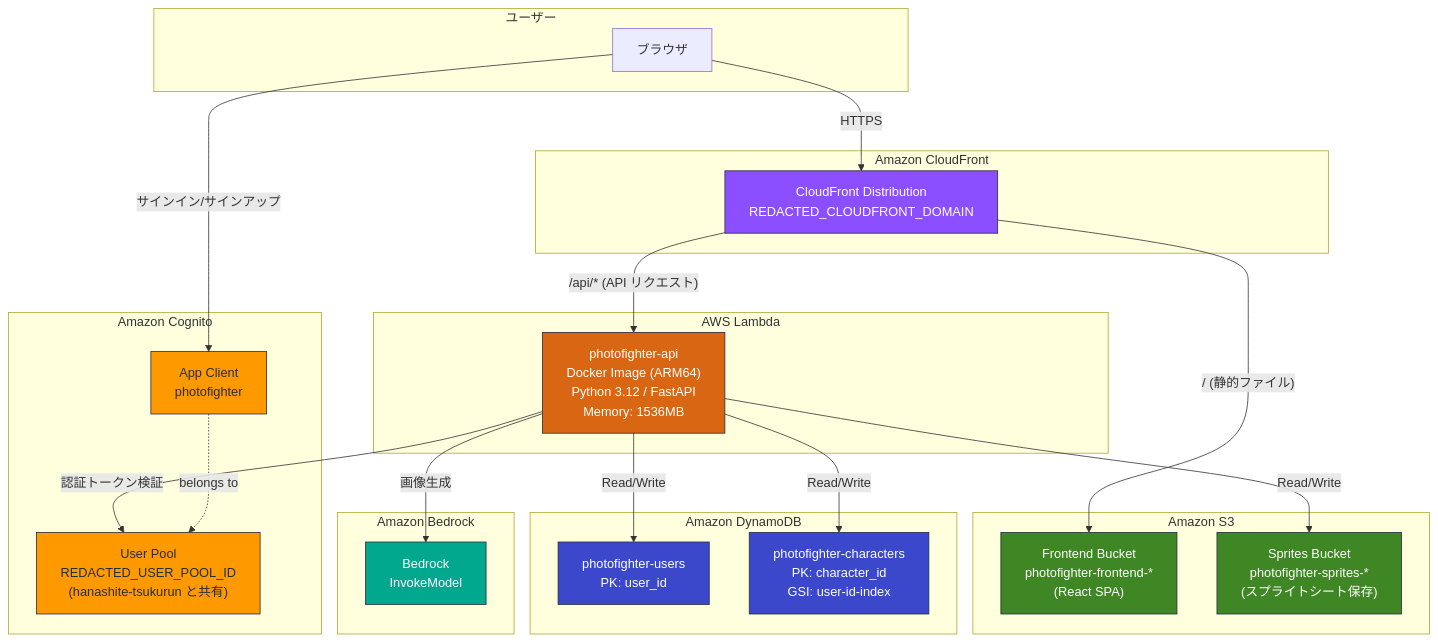
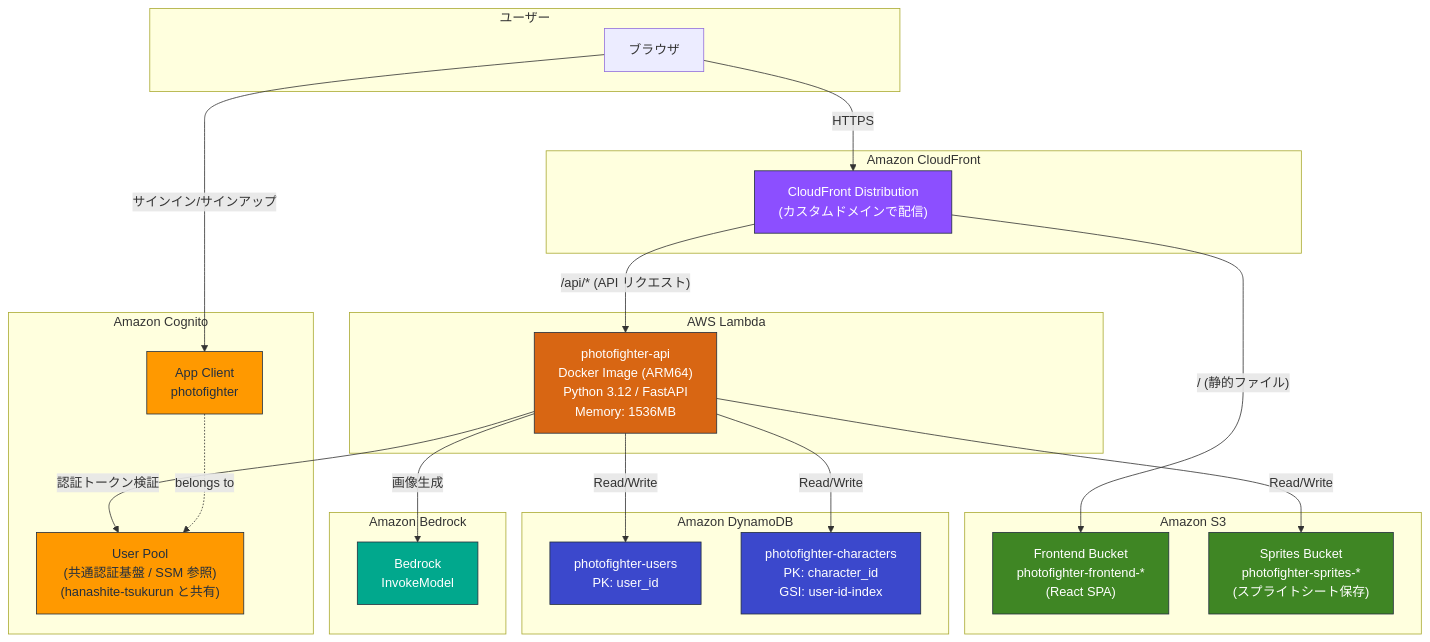
One commit to tmhkh/photofighter changed the diagram in docs/architecture.md. Above: the diagram before and after it, drawn with Mermaid. The commit also changed other lines of this file and 5 other files, not shown here.

````diff
--- a/docs/architecture.md
+++ b/docs/architecture.md
@@ -3,66 +3,66 @@
 ```mermaid
 graph TB
     subgraph Users["ユーザー"]
         Browser["ブラウザ"]
     end
 
     subgraph CloudFront["Amazon CloudFront"]
-        CF["CloudFront Distribution<br/>REDACTED_CLOUDFRONT_DOMAIN"]
+        CF["CloudFront Distribution<br/>(カスタムドメインで配信)"]
     end
 
     subgraph S3["Amazon S3"]
         FrontendBucket["Frontend Bucket<br/>photofighter-frontend-*<br/>(React SPA)"]
         SpritesBucket["Sprites Bucket<br/>photofighter-sprites-*<br/>(スプライトシート保存)"]
     end
 
     subgraph Compute["AWS Lambda"]
         LambdaFn["photofighter-api<br/>Docker Image (ARM64)<br/>Python 3.12 / FastAPI<br/>Memory: 1536MB"]
     end
 
     subgraph Auth["Amazon Cognito"]
-        UserPool["User Pool<br/>REDACTED_USER_POOL_ID<br/>(hanashite-tsukurun と共有)"]
+        UserPool["User Pool<br/>(共通認証基盤 / SSM 参照)<br/>(hanashite-tsukurun と共有)"]
         AppClient["App Client<br/>photofighter"]
     end
 
     subgraph Database["Amazon DynamoDB"]
         UsersTable["photofighter-users<br/>PK: user_id"]
         CharactersTable["photofighter-characters<br/>PK: character_id<br/>GSI: user-id-index"]
     end
 
     subgraph AI["Amazon Bedrock"]
         Bedrock["Bedrock<br/>InvokeModel"]
     end
 
     %% ユーザーアクセス
     Browser -->|HTTPS| CF
 
     %% CloudFront ルーティング
     CF -->|"/ (静的ファイル)"| FrontendBucket
     CF -->|"/api/* (API リクエスト)"| LambdaFn
 
     %% Lambda -> 各サービス
     LambdaFn -->|認証トークン検証| UserPool
     LambdaFn -->|Read/Write| UsersTable
     LambdaFn -->|Read/Write| CharactersTable
     LambdaFn -->|Read/Write| SpritesBucket
     LambdaFn -->|画像生成| Bedrock
 
     %% 認証フロー
     Browser -->|サインイン/サインアップ| AppClient
     AppClient -.->|belongs to| UserPool
 
     %% スタイル
     classDef aws fill:#FF9900,stroke:#232F3E,color:#232F3E
     classDef storage fill:#3F8624,stroke:#232F3E,color:#fff
     classDef compute fill:#D86613,stroke:#232F3E,color:#fff
     classDef database fill:#3B48CC,stroke:#232F3E,color:#fff
     classDef network fill:#8C4FFF,stroke:#232F3E,color:#fff
     classDef ai fill:#01A88D,stroke:#232F3E,color:#fff
 
     class CF network
     class FrontendBucket,SpritesBucket storage
     class LambdaFn compute
     class UserPool,AppClient aws
     class UsersTable,CharactersTable database
     class Bedrock ai
 ```
````
